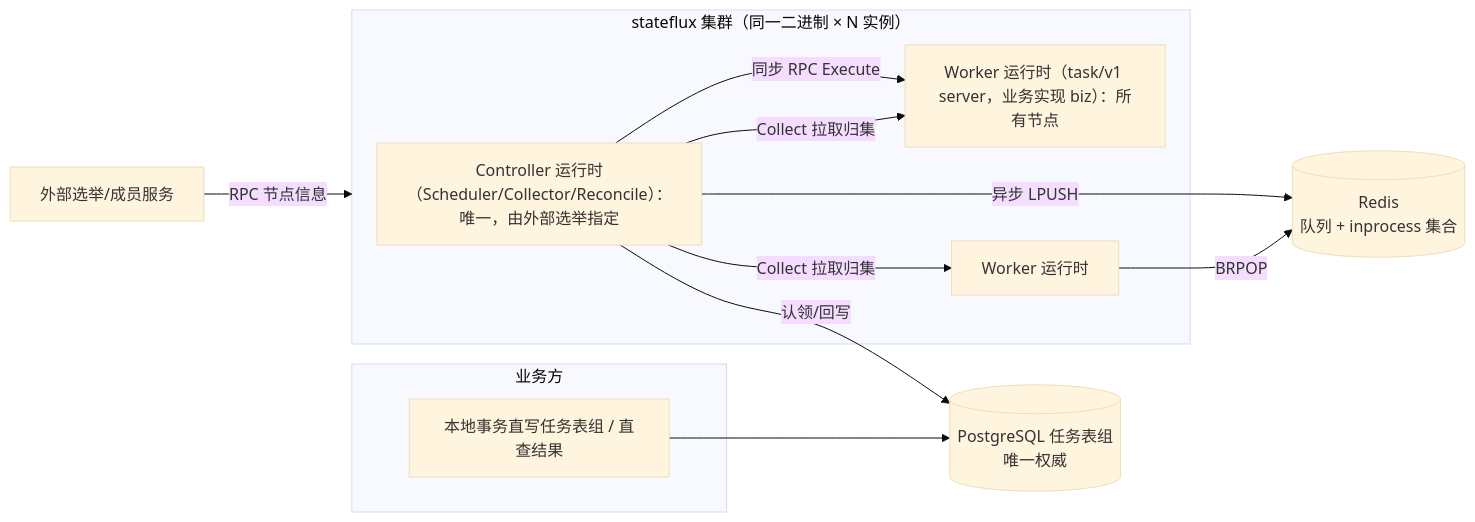
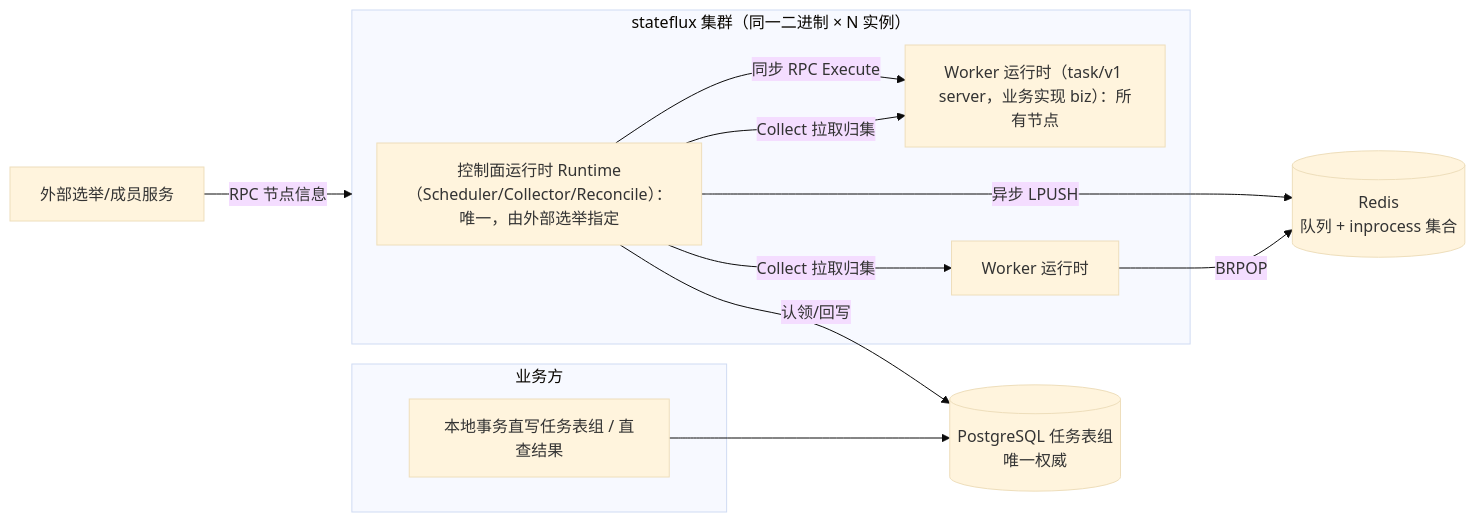
The diagram in .docs/design/01-principles.md (improvtrace/stateflux), drawn with Mermaid (base theme) before and after one commit. The commit also changed other lines of this file and 11 other files, not shown here.

````diff
--- a/.docs/design/01-principles.md
+++ b/.docs/design/01-principles.md
@@ -56,24 +56,24 @@
 ```mermaid
 flowchart LR
     subgraph Client["业务方"]
         C[本地事务直写任务表组 / 直查结果]
     end
 
     subgraph Cluster["stateflux 集群（同一二进制 × N 实例）"]
-        S[Controller 运行时（Scheduler/Collector/Reconcile）：唯一，由外部选举指定]
+        S[控制面运行时 Runtime（Scheduler/Collector/Reconcile）：唯一，由外部选举指定]
         W1[Worker 运行时（task/v1 server，业务实现 biz）：所有节点]
         W2[Worker 运行时]
     end
 
     EXT[外部选举/成员服务] -->|RPC 节点信息| Cluster
     PG[(PostgreSQL 任务表组<br/>唯一权威)]
     RD[(Redis<br/>队列 + inprocess 集合)]
 
     C --> PG
     S -->|认领/回写| PG
     S -->|同步 RPC Execute| W1
     S -->|异步 LPUSH| RD
     W2 -->|BRPOP| RD
     S -->|Collect 拉取归集| W1
     S -->|Collect 拉取归集| W2
 ```
````
